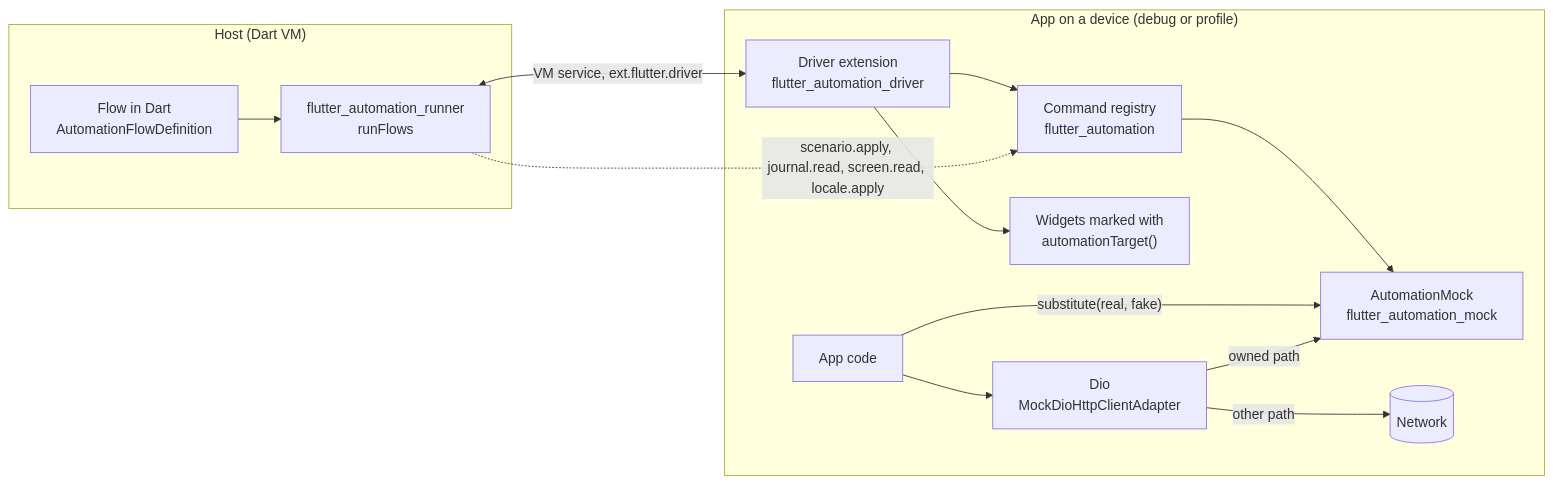
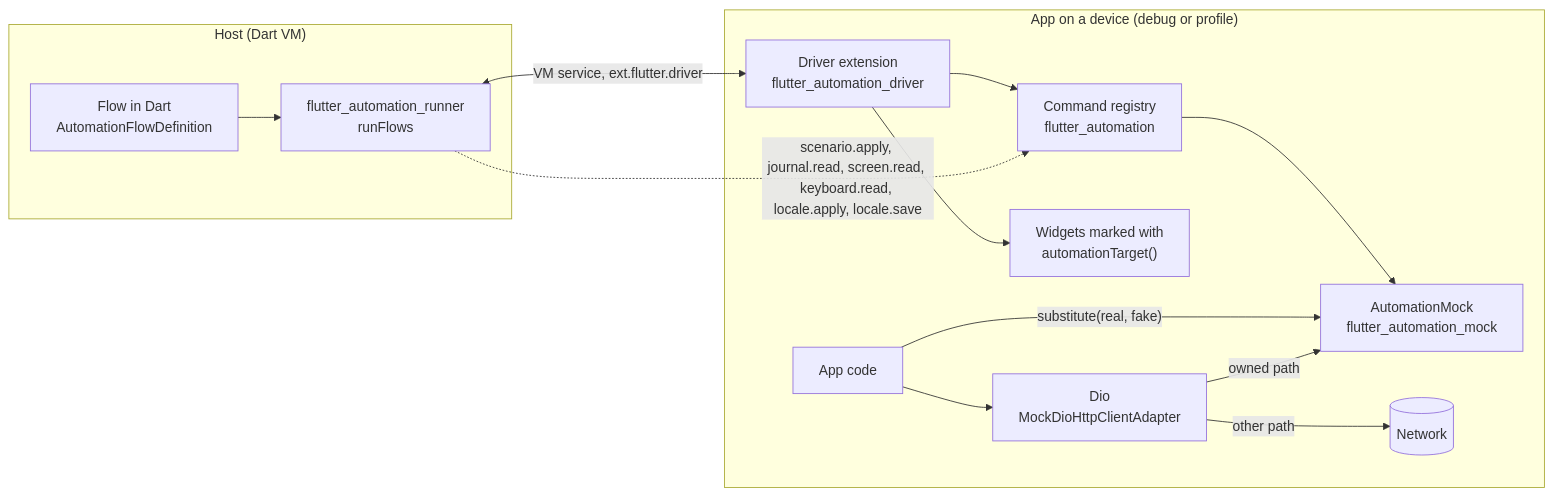
Before and after one commit to valeriinov/flutter_automation: the diagram in README.md, drawn with Mermaid. The commit also changed other lines of this file and 21 other files, not shown here.

````diff
--- a/README.md
+++ b/README.md
@@ -20,27 +21,27 @@
 ```mermaid
 flowchart LR
   subgraph host["Host (Dart VM)"]
     flow["Flow in Dart<br/>AutomationFlowDefinition"]
     runner["flutter_automation_runner<br/>runFlows"]
     flow --> runner
   end
 
   subgraph app["App on a device (debug or profile)"]
     ext["Driver extension<br/>flutter_automation_driver"]
     cmds["Command registry<br/>flutter_automation"]
     targets["Widgets marked with<br/>automationTarget()"]
     mock["AutomationMock<br/>flutter_automation_mock"]
     dio["Dio<br/>MockDioHttpClientAdapter"]
     code["App code"]
     ext --> cmds
     ext --> targets
     cmds --> mock
     code -->|"substitute(real, fake)"| mock
     code --> dio
     dio -->|"owned path"| mock
     dio -->|"other path"| net[("Network")]
   end
 
   runner <-->|"VM service, ext.flutter.driver"| ext
-  runner -.->|"scenario.apply, journal.read, screen.read, locale.apply"| cmds
+  runner -.->|"scenario.apply, journal.read, screen.read, keyboard.read, locale.apply, locale.save"| cmds
 ```
````
